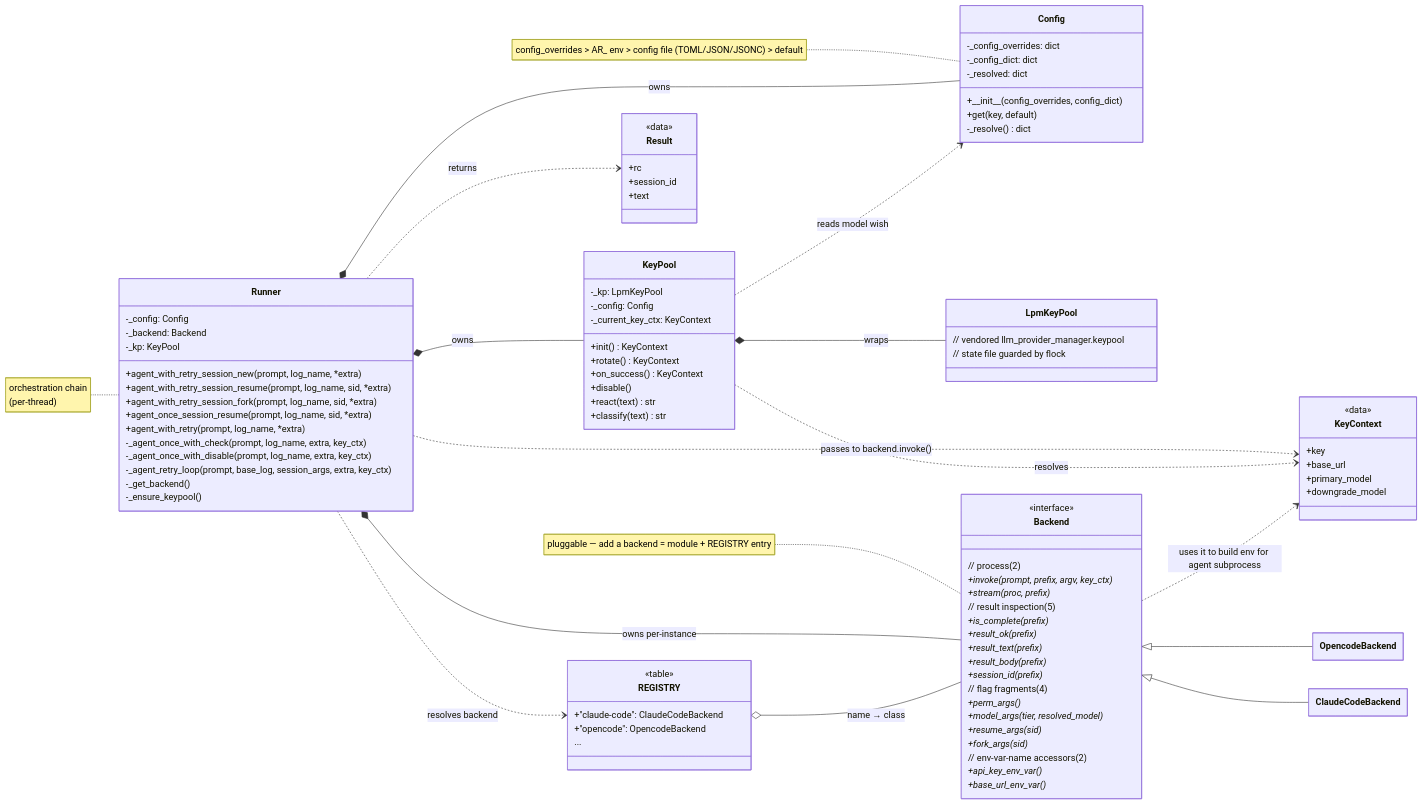
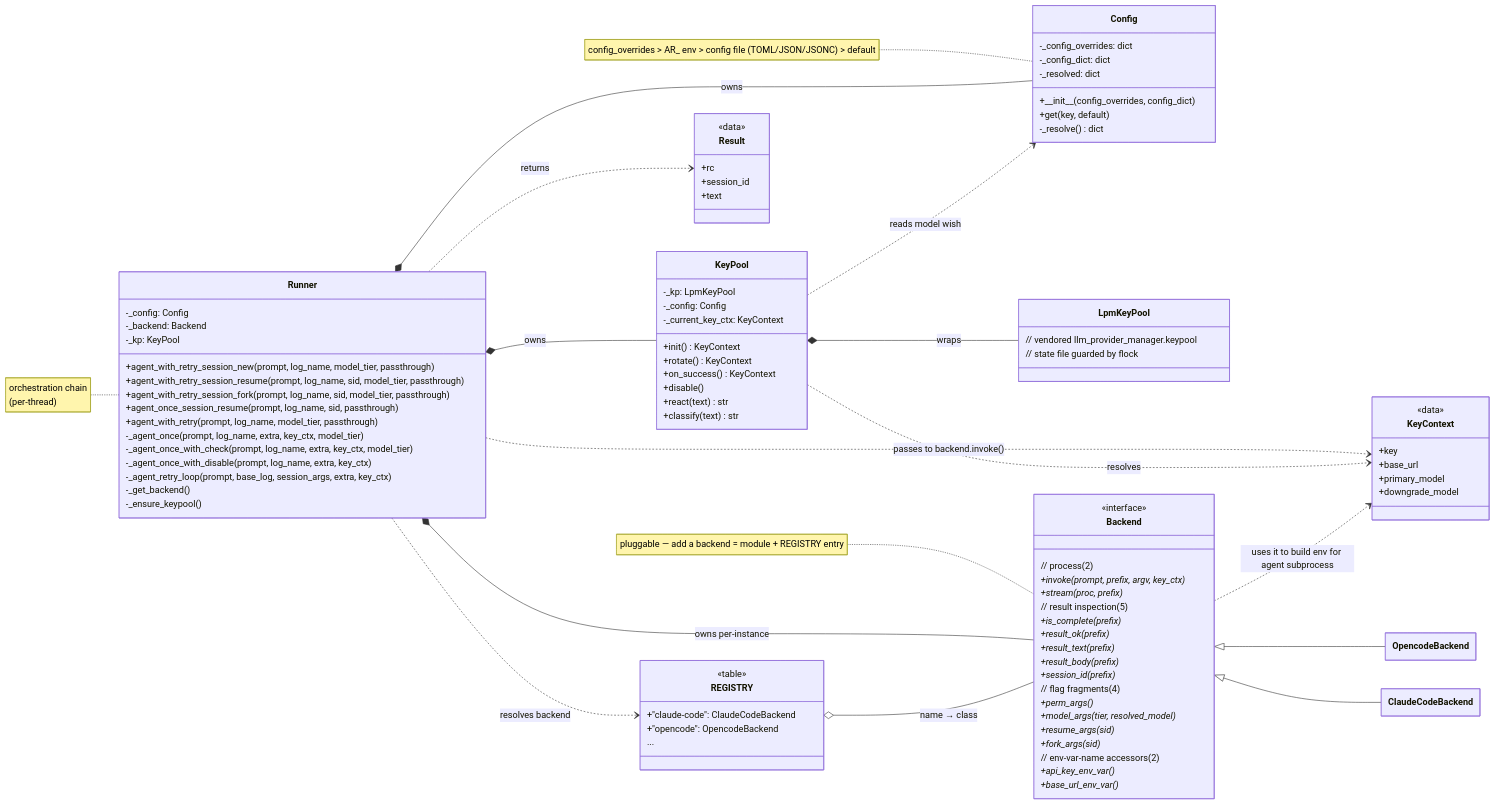
Before and after one commit to AI4SecResearch/agent-runner: the diagram in ARCHITECTURE.md, drawn with Mermaid. The commit also changed other lines of this file and 8 other files, not shown here.

First line of the commit message:
agent-runner: add --tier flag for per-call model-tier selection

```diff
--- a/ARCHITECTURE.md
+++ b/ARCHITECTURE.md
@@ -19,12 +19,13 @@
         -_config: Config
         -_backend: Backend
         -_kp: KeyPool
-        +agent_with_retry_session_new(prompt, log_name, *extra)
-        +agent_with_retry_session_resume(prompt, log_name, sid, *extra)
-        +agent_with_retry_session_fork(prompt, log_name, sid, *extra)
-        +agent_once_session_resume(prompt, log_name, sid, *extra)
-        +agent_with_retry(prompt, log_name, *extra)
-        -_agent_once_with_check(prompt, log_name, extra, key_ctx)
+        +agent_with_retry_session_new(prompt, log_name, model_tier, passthrough)
+        +agent_with_retry_session_resume(prompt, log_name, sid, model_tier, passthrough)
+        +agent_with_retry_session_fork(prompt, log_name, sid, model_tier, passthrough)
+        +agent_once_session_resume(prompt, log_name, sid, passthrough)
+        +agent_with_retry(prompt, log_name, model_tier, passthrough)
+        -_agent_once(prompt, log_name, extra, key_ctx, model_tier)
+        -_agent_once_with_check(prompt, log_name, extra, key_ctx, model_tier)
         -_agent_once_with_disable(prompt, log_name, extra, key_ctx)
         -_agent_retry_loop(prompt, base_log, session_args, extra, key_ctx)
         -_get_backend()
```
